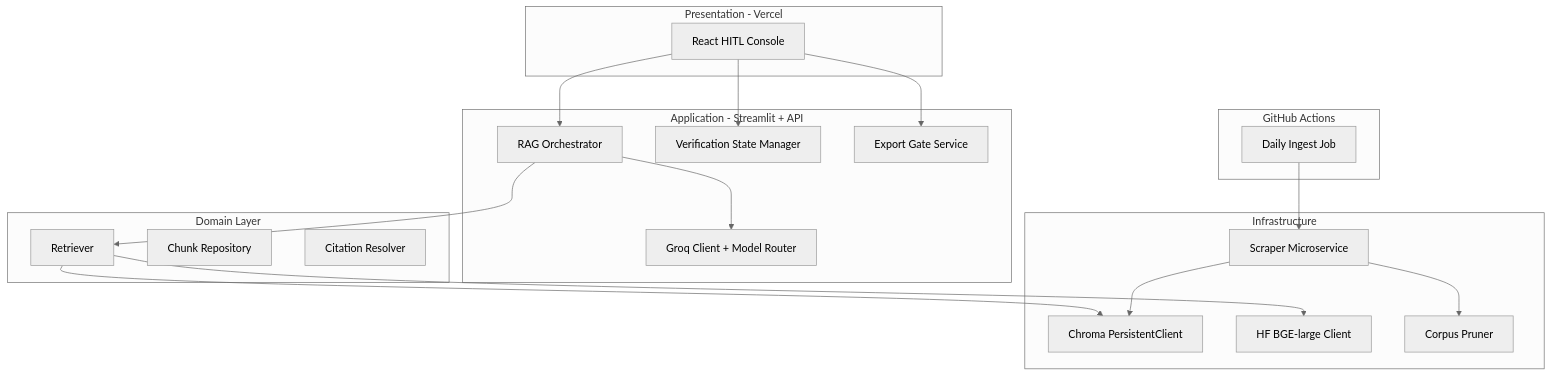
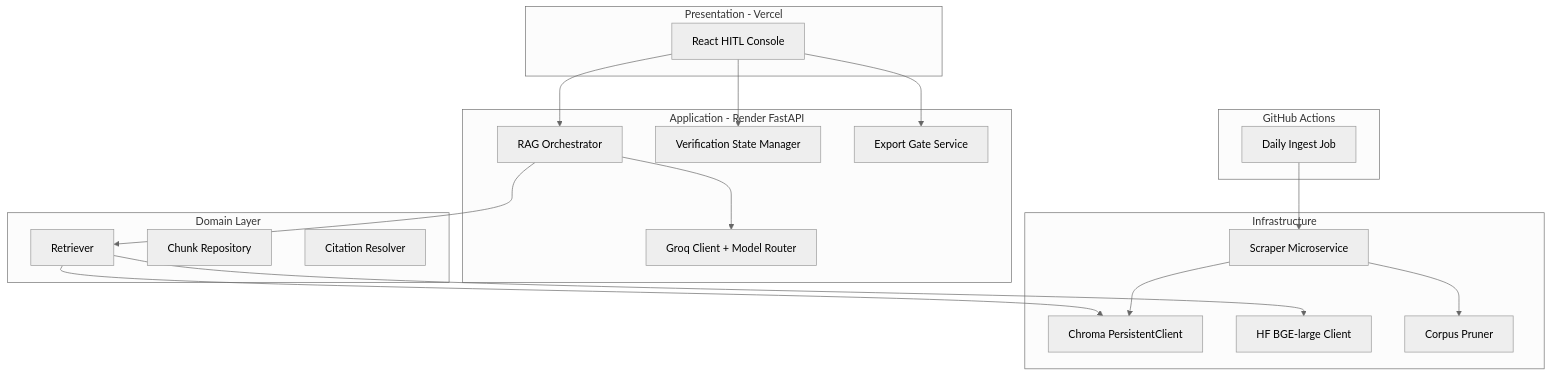
Before and after one commit to prateek12rai/NL_Grad_ChatGPT: the third of 9 diagrams in docs/architecture.md, drawn with Mermaid (neutral theme). The commit also changed other lines of this file and 14 other files, not shown here.

````diff
--- a/docs/architecture.md
+++ b/docs/architecture.md
@@ -187,41 +187,41 @@
 ```mermaid
 flowchart TB
     subgraph presentation [Presentation - Vercel]
         FE[React HITL Console]
     end
 
-    subgraph application [Application - Streamlit + API]
+    subgraph application [Application - Render FastAPI]
         RAG[RAG Orchestrator]
         VER[Verification State Manager]
         EXP[Export Gate Service]
         GROQ_CLIENT[Groq Client + Model Router]
     end
 
     subgraph domain [Domain Layer]
         RET[Retriever]
         CHK[Chunk Repository]
         CIT[Citation Resolver]
     end
 
     subgraph infrastructure [Infrastructure]
         CHR[Chroma PersistentClient]
         EMB[HF BGE-large Client]
         SCR[Scraper Microservice]
         PRN[Corpus Pruner]
     end
 
     subgraph automation [GitHub Actions]
         GHA[Daily Ingest Job]
     end
 
     FE --> RAG
     FE --> VER
     FE --> EXP
     RAG --> GROQ_CLIENT
     RAG --> RET
     RET --> CHR
     RET --> EMB
     GHA --> SCR
     SCR --> PRN
     SCR --> CHR
 ```
````
